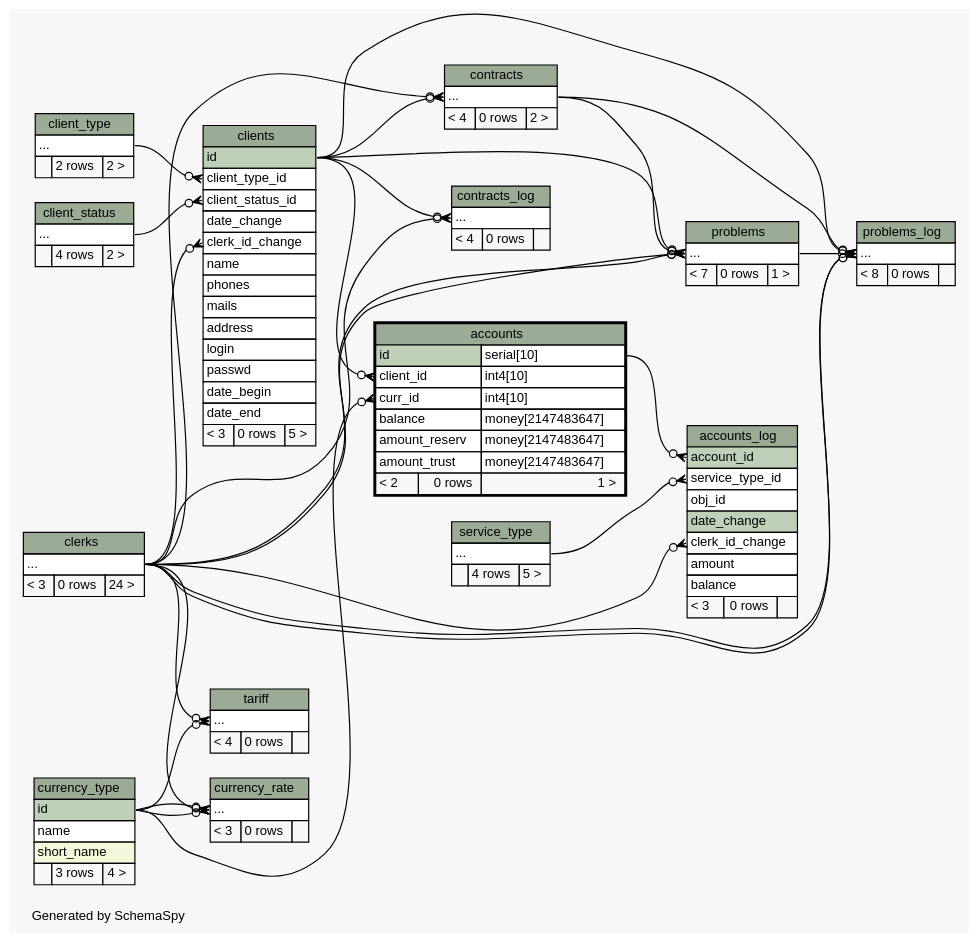
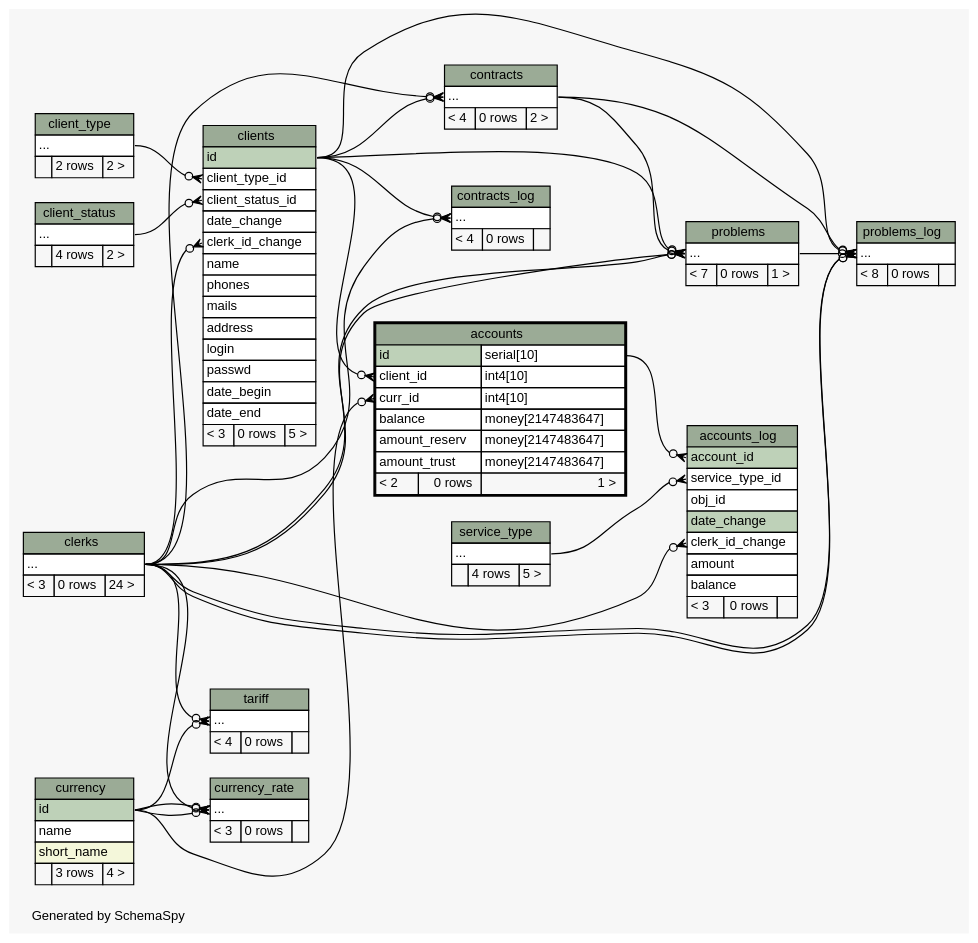
The diagram in db_schema/diagrams/accounts.2degrees.dot (okharch/avox), drawn with Graphviz before and after one commit. The commit also changed 70 other files, not shown here.

```diff
--- a/db_schema/diagrams/accounts.2degrees.dot
+++ b/db_schema/diagrams/accounts.2degrees.dot
@@ -20,7 +20,7 @@
     arrowsize="0.8"
   ];
   "accounts":"client_id":w -> "clients":"id":e [arrowhead=none dir=back arrowtail=crowodot];
-  "accounts":"curr_id":w -> "currency_type":"id":e [arrowhead=none dir=back arrowtail=crowodot];
+  "accounts":"curr_id":w -> "currency":"id":e [arrowhead=none dir=back arrowtail=crowodot];
   "accounts_log":"account_id":w -> "accounts":"id.type":e [arrowhead=none dir=back arrowtail=crowodot];
   "accounts_log":"clerk_id_change":w -> "clerks":"elipses":e [arrowhead=none dir=back arrowtail=crowodot];
   "accounts_log":"service_type_id":w -> "service_type":"elipses":e [arrowhead=none dir=back arrowtail=crowodot];
@@ -32,8 +32,8 @@
   "contracts_log":"elipses":w -> "clerks":"elipses":e [arrowhead=none dir=back arrowtail=crowodot];
   "contracts_log":"elipses":w -> "clients":"id":e [arrowhead=none dir=back arrowtail=crowodot];
   "currency_rate":"elipses":w -> "clerks":"elipses":e [arrowhead=none dir=back arrowtail=crowodot];
-  "currency_rate":"elipses":w -> "currency_type":"id":e [arrowhead=none dir=back arrowtail=crowodot];
-  "currency_rate":"elipses":w -> "currency_type":"id":e [arrowhead=none dir=back arrowtail=crowodot];
+  "currency_rate":"elipses":w -> "currency":"id":e [arrowhead=none dir=back arrowtail=crowodot];
+  "currency_rate":"elipses":w -> "currency":"id":e [arrowhead=none dir=back arrowtail=crowodot];
   "problems":"elipses":w -> "clerks":"elipses":e [arrowhead=none dir=back arrowtail=crowodot];
   "problems":"elipses":w -> "clerks":"elipses":e [arrowhead=none dir=back arrowtail=crowodot];
   "problems":"elipses":w -> "clients":"id":e [arrowhead=none dir=back arrowtail=crowodot];
@@ -44,7 +44,7 @@
   "problems_log":"elipses":w -> "contracts":"elipses":e [arrowhead=none dir=back arrowtail=crowodot];
   "problems_log":"elipses":w -> "problems":"elipses":e [arrowhead=none dir=back arrowtail=crowodot];
   "tariff":"elipses":w -> "clerks":"elipses":e [arrowhead=none dir=back arrowtail=crowodot];
-  "tariff":"elipses":w -> "currency_type":"id":e [arrowhead=none dir=back arrowtail=crowodot];
+  "tariff":"elipses":w -> "currency":"id":e [arrowhead=none dir=back arrowtail=crowodot];
   "accounts" [
     label=<
     <TABLE BORDER="2" CELLBORDER="1" CELLSPACING="0" BGCOLOR="#ffffff">
@@ -148,6 +148,18 @@
     URL="contracts_log.html"
     tooltip="contracts_log"
   ];
+  "currency" [
+    label=<
+    <TABLE BORDER="0" CELLBORDER="1" CELLSPACING="0" BGCOLOR="#ffffff">
+      <TR><TD COLSPAN="3" BGCOLOR="#9bab96" ALIGN="CENTER">currency</TD></TR>
+      <TR><TD PORT="id" COLSPAN="3" BGCOLOR="#bed1b8" ALIGN="LEFT">id</TD></TR>
+      <TR><TD PORT="name" COLSPAN="3" ALIGN="LEFT">name</TD></TR>
+      <TR><TD PORT="short_name" COLSPAN="3" BGCOLOR="#f4f7da" ALIGN="LEFT">short_name</TD></TR>
+      <TR><TD ALIGN="LEFT" BGCOLOR="#f7f7f7">  </TD><TD ALIGN="RIGHT" BGCOLOR="#f7f7f7">3 rows</TD><TD ALIGN="RIGHT" BGCOLOR="#f7f7f7">4 &gt;</TD></TR>
+    </TABLE>>
+    URL="currency.html"
+    tooltip="currency"
+  ];
   "currency_rate" [
     label=<
     <TABLE BORDER="0" CELLBORDER="1" CELLSPACING="0" BGCOLOR="#ffffff">
@@ -157,18 +169,6 @@
     </TABLE>>
     URL="currency_rate.html"
     tooltip="currency_rate"
-  ];
-  "currency_type" [
-    label=<
-    <TABLE BORDER="0" CELLBORDER="1" CELLSPACING="0" BGCOLOR="#ffffff">
-      <TR><TD COLSPAN="3" BGCOLOR="#9bab96" ALIGN="CENTER">currency_type</TD></TR>
-      <TR><TD PORT="id" COLSPAN="3" BGCOLOR="#bed1b8" ALIGN="LEFT">id</TD></TR>
-      <TR><TD PORT="name" COLSPAN="3" ALIGN="LEFT">name</TD></TR>
-      <TR><TD PORT="short_name" COLSPAN="3" BGCOLOR="#f4f7da" ALIGN="LEFT">short_name</TD></TR>
-      <TR><TD ALIGN="LEFT" BGCOLOR="#f7f7f7">  </TD><TD ALIGN="RIGHT" BGCOLOR="#f7f7f7">3 rows</TD><TD ALIGN="RIGHT" BGCOLOR="#f7f7f7">4 &gt;</TD></TR>
-    </TABLE>>
-    URL="currency_type.html"
-    tooltip="currency_type"
   ];
   "problems" [
     label=<
```
